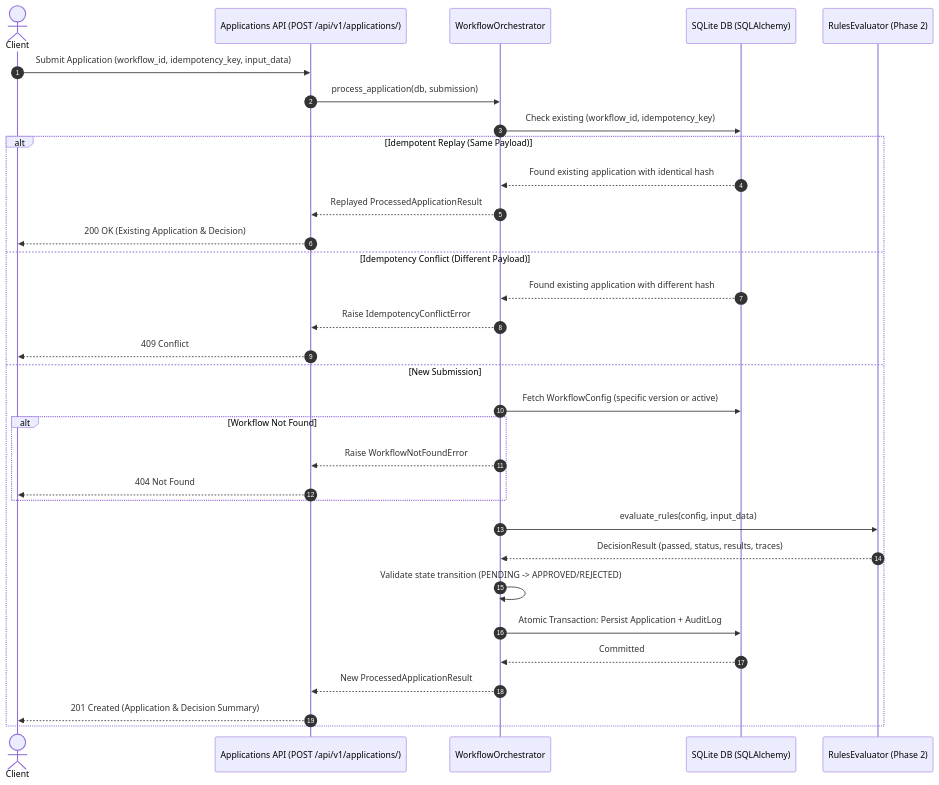
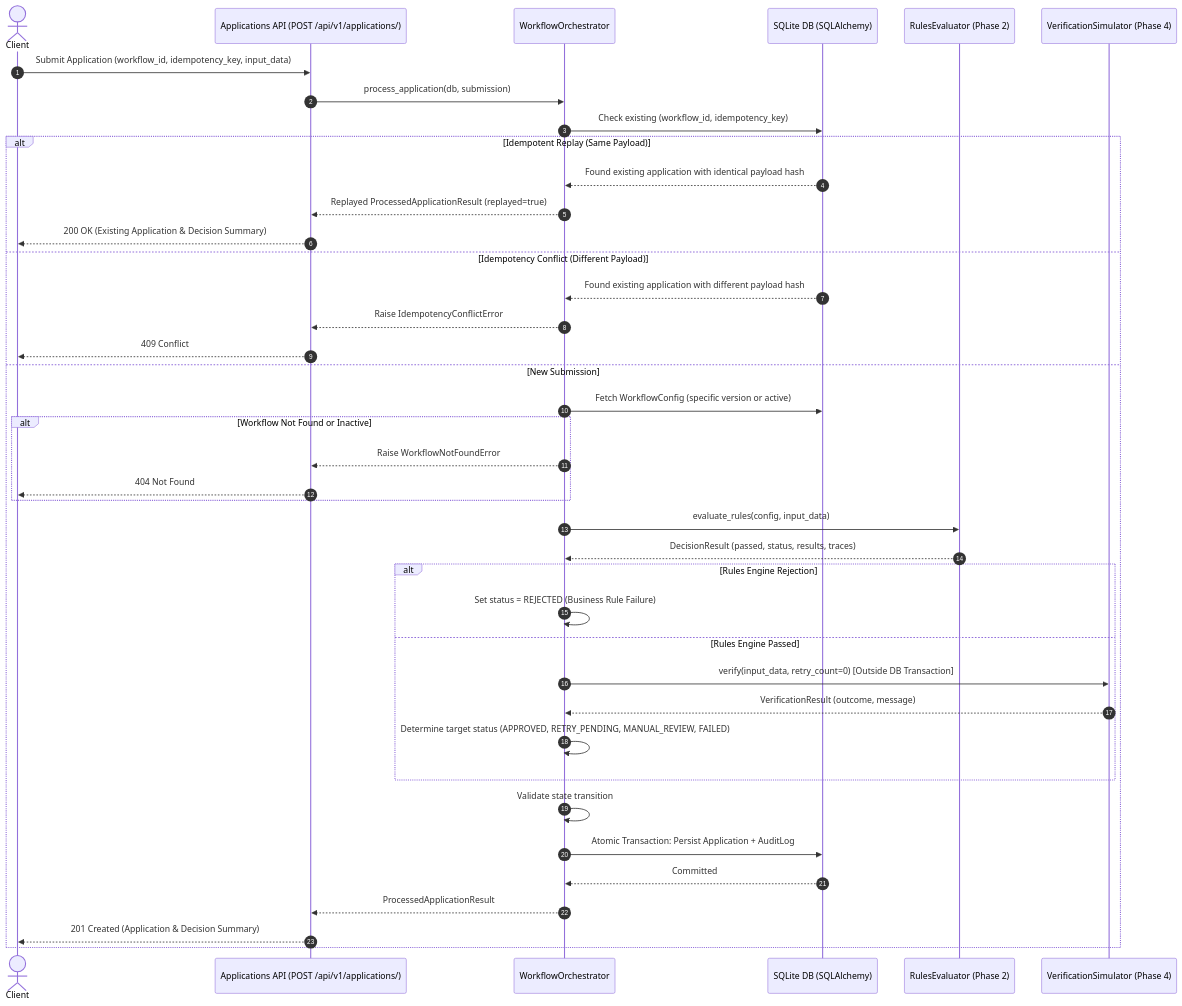
One commit to Neelam-3432/FlowGuard changed the diagram in README.md. Above: the diagram before and after it, drawn with Mermaid. The commit also changed other lines of this file, not shown here.

````diff
--- a/README.md
+++ b/README.md
@@ -97,36 +97,44 @@
 ```mermaid
 sequenceDiagram
     autonumber
     actor Client
     participant API as Applications API (POST /api/v1/applications/)
     participant Orch as WorkflowOrchestrator
     participant DB as SQLite DB (SQLAlchemy)
     participant Engine as RulesEvaluator (Phase 2)
+    participant Sim as VerificationSimulator (Phase 4)
 
     Client->>API: Submit Application (workflow_id, idempotency_key, input_data)
     API->>Orch: process_application(db, submission)
     
     Orch->>DB: Check existing (workflow_id, idempotency_key)
     alt Idempotent Replay (Same Payload)
-        DB-->>Orch: Found existing application with identical hash
-        Orch-->>API: Replayed ProcessedApplicationResult
-        API-->>Client: 200 OK (Existing Application & Decision)
+        DB-->>Orch: Found existing application with identical payload hash
+        Orch-->>API: Replayed ProcessedApplicationResult (replayed=true)
+        API-->>Client: 200 OK (Existing Application & Decision Summary)
     else Idempotency Conflict (Different Payload)
-        DB-->>Orch: Found existing application with different hash
+        DB-->>Orch: Found existing application with different payload hash
         Orch-->>API: Raise IdempotencyConflictError
         API-->>Client: 409 Conflict
     else New Submission
         Orch->>DB: Fetch WorkflowConfig (specific version or active)
-        alt Workflow Not Found
+        alt Workflow Not Found or Inactive
             Orch-->>API: Raise WorkflowNotFoundError
             API-->>Client: 404 Not Found
         end
         Orch->>Engine: evaluate_rules(config, input_data)
         Engine-->>Orch: DecisionResult (passed, status, results, traces)
-        Orch->>Orch: Validate state transition (PENDING -> APPROVED/REJECTED)
+        alt Rules Engine Rejection
+            Orch->>Orch: Set status = REJECTED (Business Rule Failure)
+        else Rules Engine Passed
+            Orch->>Sim: verify(input_data, retry_count=0) [Outside DB Transaction]
+            Sim-->>Orch: VerificationResult (outcome, message)
+            Orch->>Orch: Determine target status (APPROVED, RETRY_PENDING, MANUAL_REVIEW, FAILED)
+        end
+        Orch->>Orch: Validate state transition
         Orch->>DB: Atomic Transaction: Persist Application + AuditLog
         DB-->>Orch: Committed
-        Orch-->>API: New ProcessedApplicationResult
+        Orch-->>API: ProcessedApplicationResult
         API-->>Client: 201 Created (Application & Decision Summary)
     end
 ```
````
